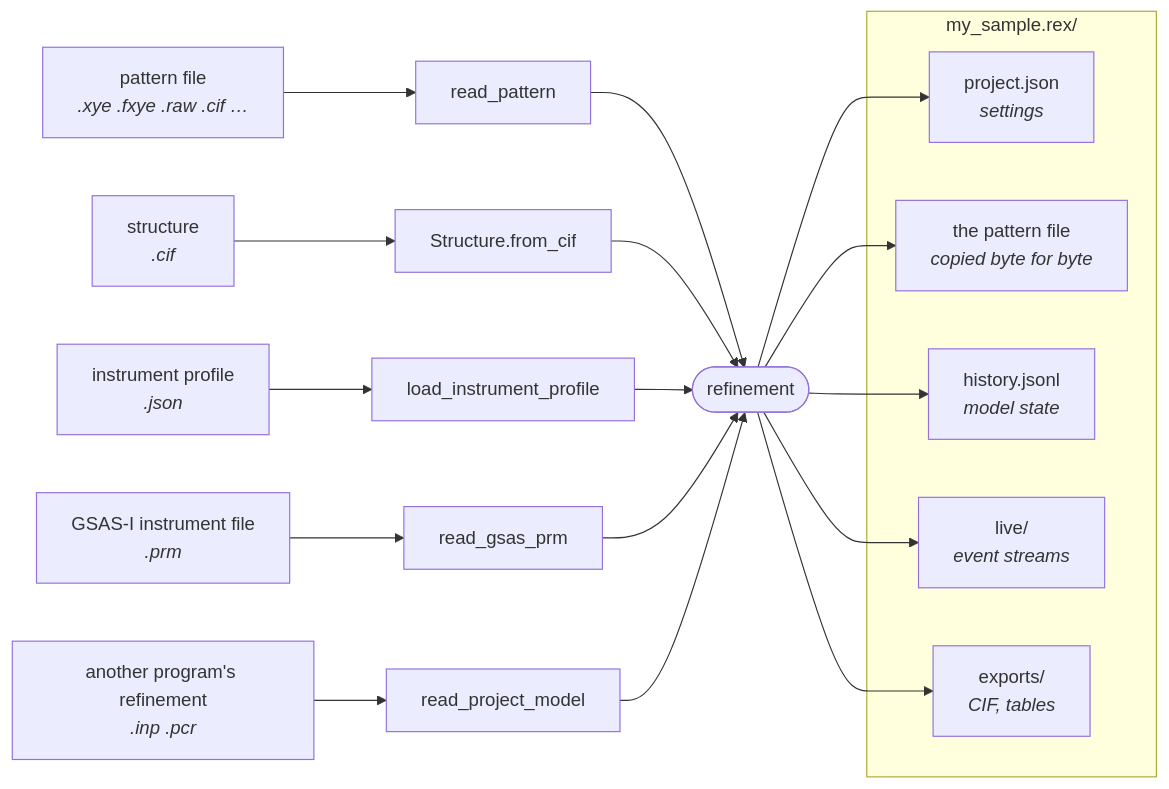
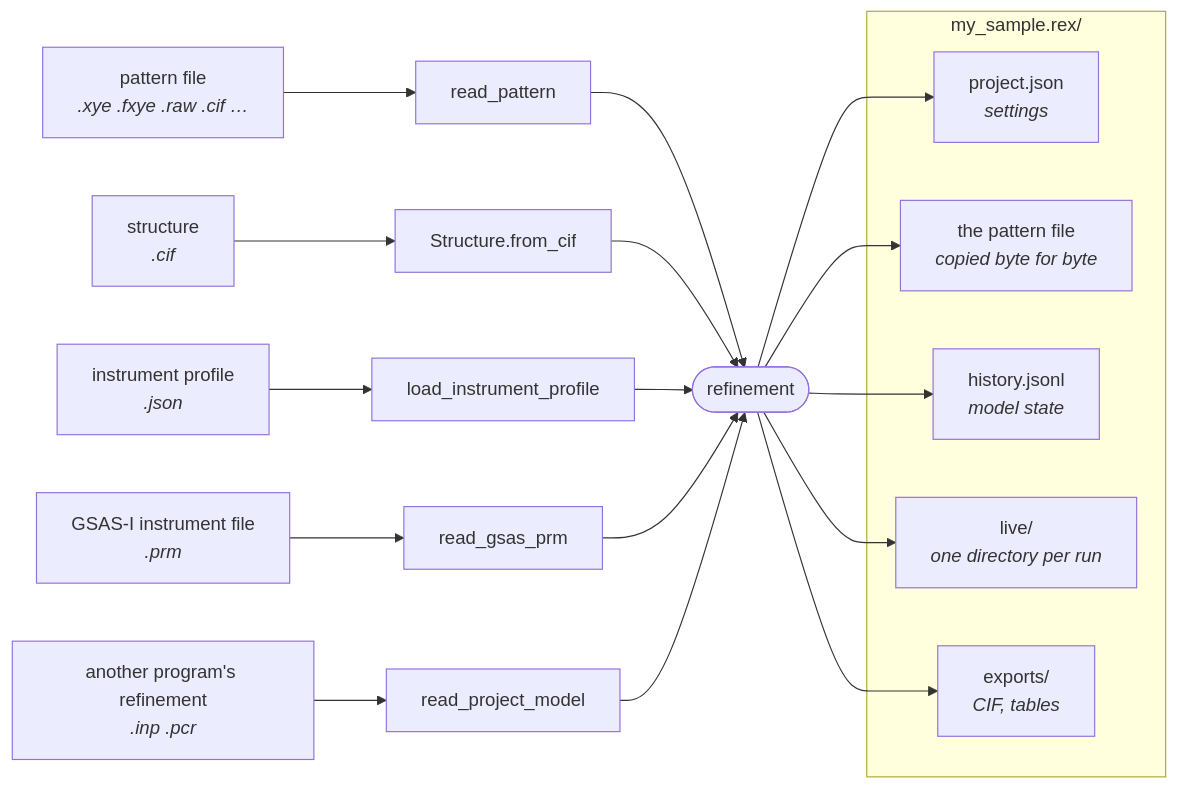
Before and after one commit to mustachefeeling/rietx: the first of 2 diagrams in docs/manual/using/files.md, drawn with Mermaid. The commit also changed other lines of this file and 4 other files, not shown here.

````diff
--- a/docs/manual/using/files.md
+++ b/docs/manual/using/files.md
@@ -6,25 +6,25 @@
 ```{mermaid}
 graph LR
   P["pattern file<br/><i>.xye .fxye .raw .cif …</i>"] --> RP["read_pattern"]
   C["structure<br/><i>.cif</i>"] --> SC["Structure.from_cif"]
   I["instrument profile<br/><i>.json</i>"] --> LP["load_instrument_profile"]
   G["GSAS-I instrument file<br/><i>.prm</i>"] --> GP["read_gsas_prm"]
   M["another program's refinement<br/><i>.inp .pcr</i>"] --> PM["read_project_model"]
   RP --> REF(["refinement"])
   SC --> REF
   LP --> REF
   GP --> REF
   PM --> REF
   subgraph rex ["my_sample.rex/"]
     PJ["project.json<br/><i>settings</i>"]
     PC["the pattern file<br/><i>copied byte for byte</i>"]
     H["history.jsonl<br/><i>model state</i>"]
-    LV["live/<br/><i>event streams</i>"]
+    LV["live/<br/><i>one directory per run</i>"]
     EX["exports/<br/><i>CIF, tables</i>"]
   end
   REF --> PJ
   REF --> PC
   REF --> H
   REF --> LV
   REF --> EX
 ```
````
